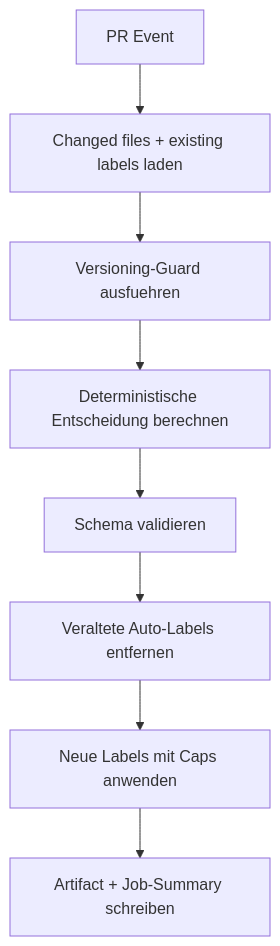
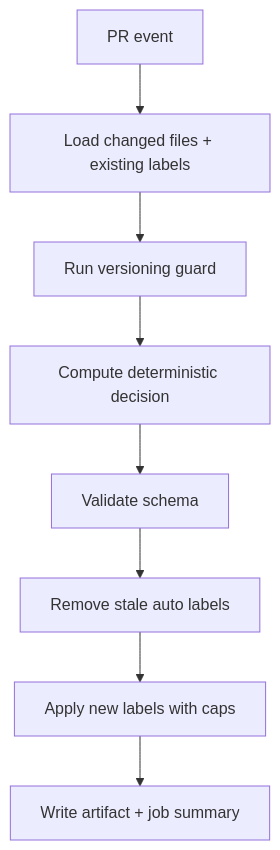
Before and after one commit to tomtastisch/FileClassifier: the first of 4 diagrams in docs/versioning/104_POLICY_LABELING.MD, drawn with Mermaid. The commit also changed other lines of this file and 36 other files, not shown here.

````diff
--- a/docs/versioning/104_POLICY_LABELING.MD
+++ b/docs/versioning/104_POLICY_LABELING.MD
@@ -46,10 +46,10 @@
 ```mermaid
 flowchart TD
-  A["PR Event"] --> B["Changed files + existing labels laden"]
-  B --> C["Versioning-Guard ausfuehren"]
-  C --> D["Deterministische Entscheidung berechnen"]
-  D --> E["Schema validieren"]
-  E --> F["Veraltete Auto-Labels entfernen"]
-  F --> G["Neue Labels mit Caps anwenden"]
-  G --> H["Artifact + Job-Summary schreiben"]
+  A["PR event"] --> B["Load changed files + existing labels"]
+  B --> C["Run versioning guard"]
+  C --> D["Compute deterministic decision"]
+  D --> E["Validate schema"]
+  E --> F["Remove stale auto labels"]
+  F --> G["Apply new labels with caps"]
+  G --> H["Write artifact + job summary"]
 ```
````
